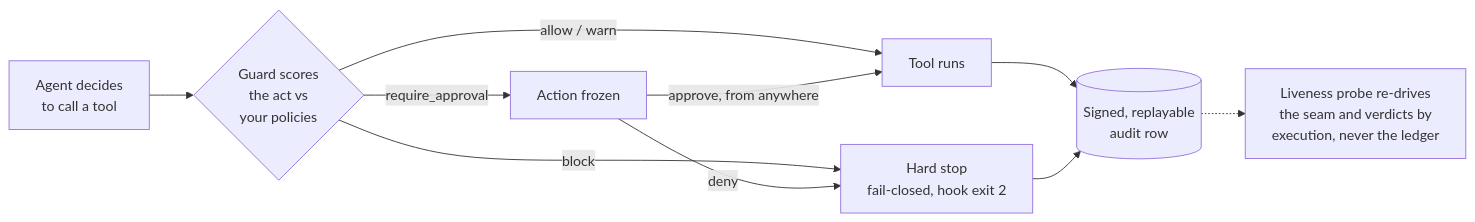
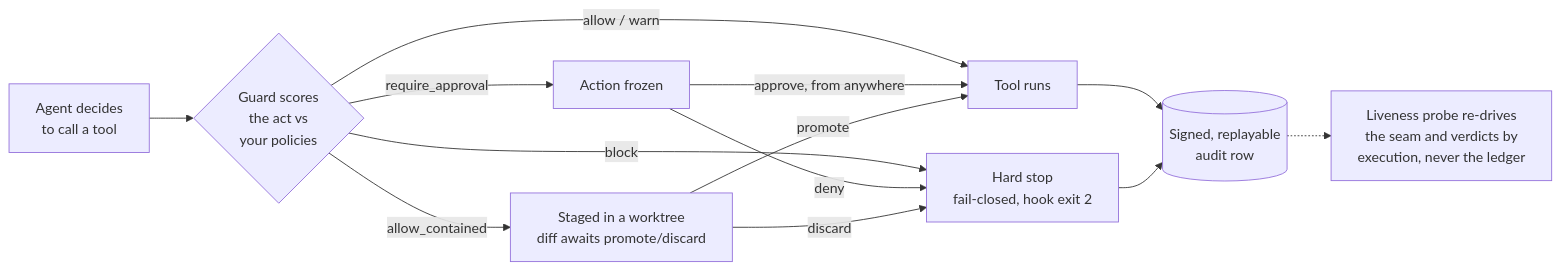
Before and after one commit to ucsandman/DashClaw: the diagram in README.md, drawn with Mermaid. The commit also changed other lines of this file and 19 other files, not shown here.

````diff
--- a/README.md
+++ b/README.md
@@ -108,12 +108,15 @@
 ```mermaid
 flowchart LR
     A[Agent decides<br/>to call a tool] --> B{Guard scores<br/>the act vs<br/>your policies}
     B -->|allow / warn| C[Tool runs]
     B -->|block| D[Hard stop<br/>fail-closed, hook exit 2]
+    B -->|allow_contained| F[Staged in a worktree<br/>diff awaits promote/discard]
     B -->|require_approval| E[Action frozen]
     E -->|approve, from anywhere| C
     E -->|deny| D
+    F -->|promote| C
+    F -->|discard| D
     C --> L[(Signed, replayable<br/>audit row)]
     D --> L
     L -.-> P[Liveness probe re-drives<br/>the seam and verdicts by<br/>execution, never the ledger]
 ```
````
